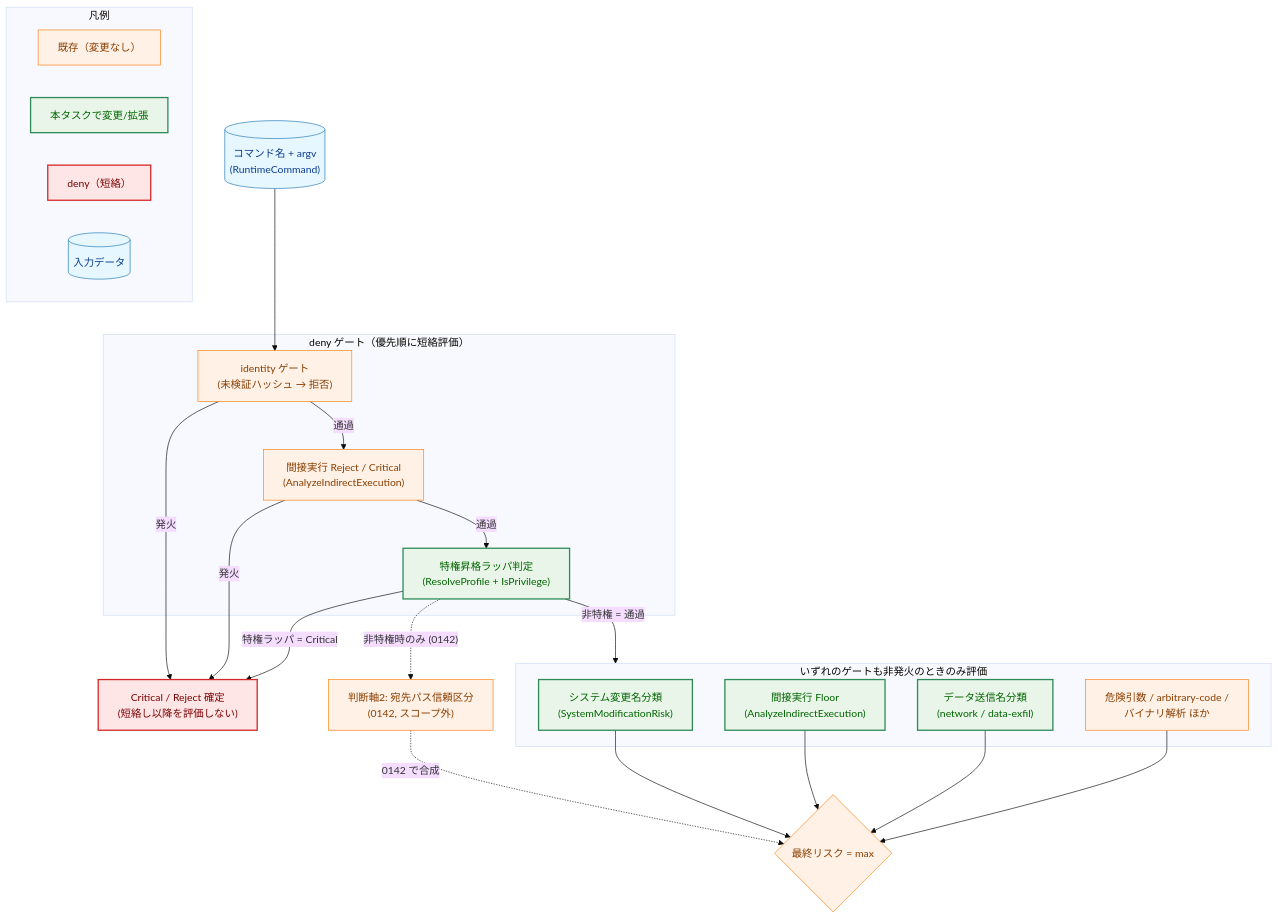
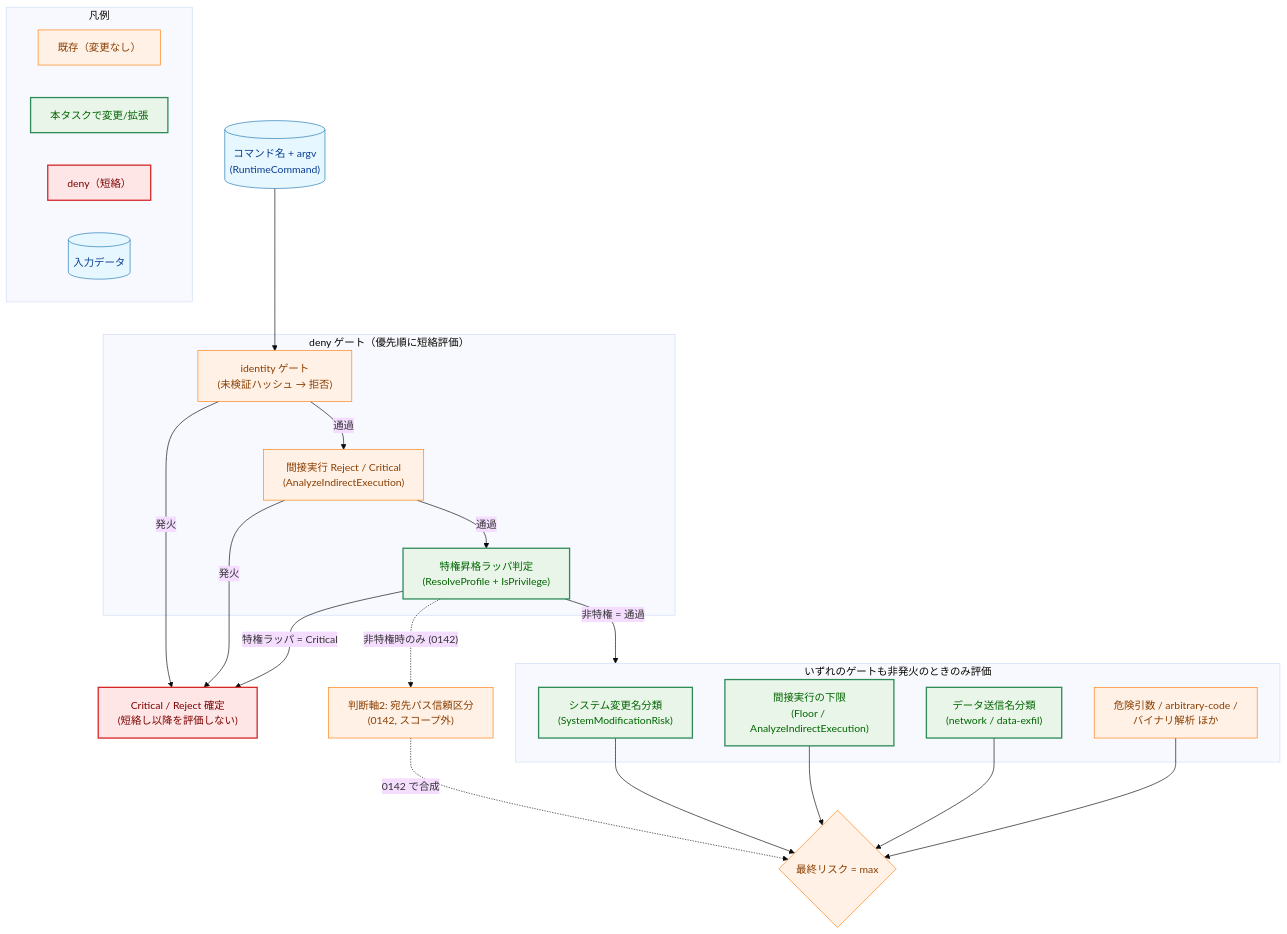
One commit to isseis/go-safe-cmd-runner changed the first of 5 diagrams in docs/tasks/0141_axis1_fixed_class_risk/02_architecture.md. Above: the diagram before and after it, drawn with Mermaid (base theme). The commit also changed other lines of this file, not shown here.

Commit message:
docs(0141): render prose 'Floor' as 下限（Floor）, matching existing 下限 usage
The risk-lower-bound concept is already written 下限 in ~27 places; align the
two remaining English prose/diagram mentions (§1.1, §1.2 node label) to
下限（Floor）. The IndirectExecutionKind disposition name stays English where it
parallels Critical/Reject (sequence diagram, §3.3 分岐構造).

````diff
--- a/docs/tasks/0141_axis1_fixed_class_risk/02_architecture.md
+++ b/docs/tasks/0141_axis1_fixed_class_risk/02_architecture.md
@@ -56,60 +56,60 @@
 ```mermaid
 flowchart TD
     classDef data fill:#e6f7ff,stroke:#1f77b4,stroke-width:1px,color:#0b3d91;
     classDef process fill:#fff1e6,stroke:#ff7f0e,stroke-width:1px,color:#8a3e00;
     classDef enhanced fill:#e8f5e8,stroke:#2e8b57,stroke-width:2px,color:#006400;
     classDef problem fill:#ffe6e6,stroke:#d62728,stroke-width:2px,color:#7b0000;
 
     ARGV[("コマンド名 + argv<br>(RuntimeCommand)")]
 
     subgraph Gates["deny ゲート（優先順に短絡評価）"]
         IDG["identity ゲート<br>(未検証ハッシュ → 拒否)"]
         IGATE["間接実行 Reject / Critical<br>(AnalyzeIndirectExecution)"]
         PRIV["特権昇格ラッパ判定<br>(ResolveProfile + IsPrivilege)"]
     end
 
     DENY["Critical / Reject 確定<br>(短絡し以降を評価しない)"]
 
     subgraph Parallel["いずれのゲートも非発火のときのみ評価"]
         SYS["システム変更名分類<br>(SystemModificationRisk)"]
-        INDF["間接実行 Floor<br>(AnalyzeIndirectExecution)"]
+        INDF["間接実行の下限<br>(Floor / AnalyzeIndirectExecution)"]
         NET["データ送信名分類<br>(network / data-exfil)"]
         OTH["危険引数 / arbitrary-code /<br>バイナリ解析 ほか"]
     end
 
     AXIS2["判断軸2: 宛先パス信頼区分<br>(0142, スコープ外)"]
     MAX{"最終リスク = max"}
 
     ARGV --> IDG
     IDG -->|"発火"| DENY
     IDG -->|"通過"| IGATE
     IGATE -->|"発火"| DENY
     IGATE -->|"通過"| PRIV
     PRIV -->|"特権ラッパ = Critical"| DENY
     PRIV -->|"非特権 = 通過"| Parallel
     PRIV -.->|"非特権時のみ (0142)"| AXIS2
 
     SYS --> MAX
     INDF --> MAX
     NET --> MAX
     OTH --> MAX
     AXIS2 -.->|"0142 で合成"| MAX
 
     class ARGV data
     class IDG,IGATE,OTH,AXIS2 process
     class PRIV,SYS,INDF,NET enhanced
     class DENY problem
     class MAX process
 
     %% Legend
     subgraph Legend["凡例"]
         L1["既存（変更なし）"]
         L2["本タスクで変更/拡張"]
         L3["deny（短絡）"]
         L4[("入力データ")]
     end
     class L1 process
     class L2 enhanced
     class L3 problem
     class L4 data
 ```
````
